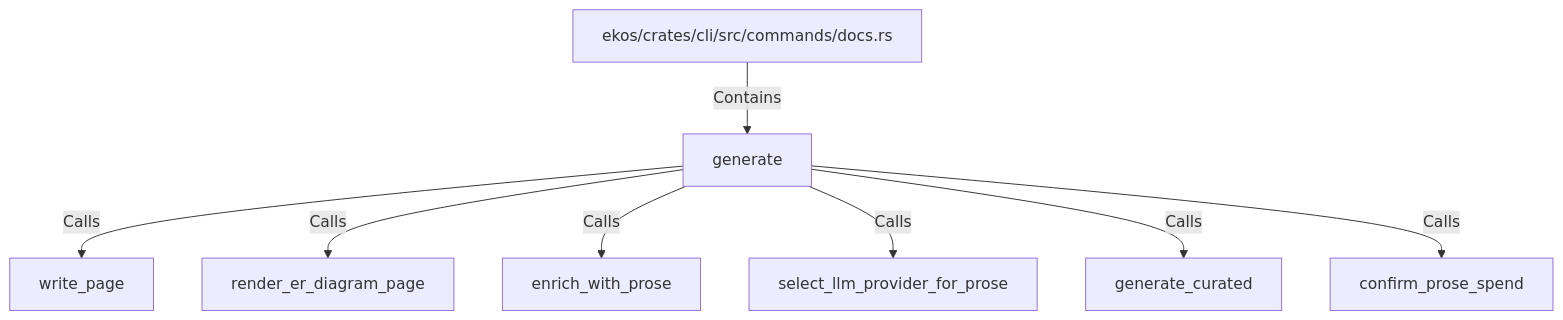
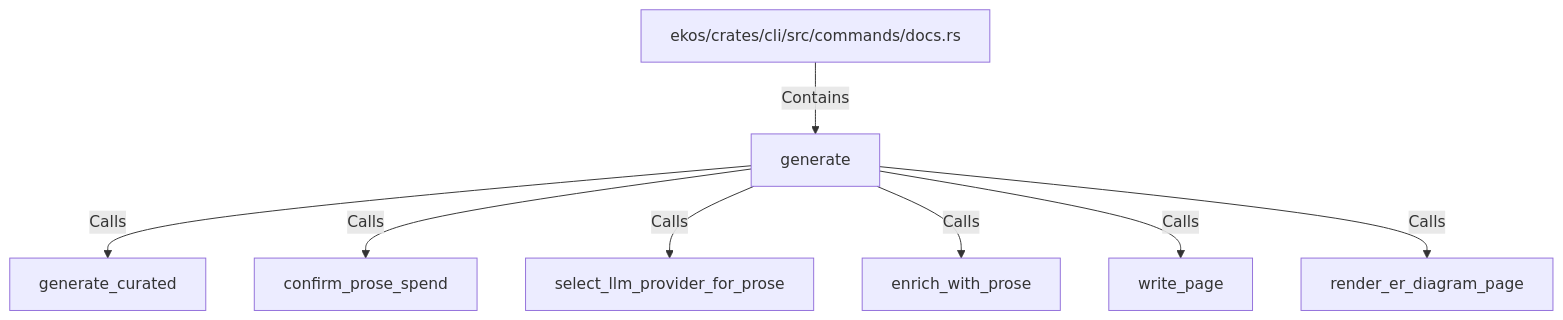
Before and after one commit to alexeyban/EKOS: the diagram in doc/entities/rustsymbol/ge/generate-9628a7cf.md, drawn with Mermaid. The commit also changed other lines of this file and 552 other files, not shown here.

````diff
--- a/doc/entities/rustsymbol/ge/generate-9628a7cf.md
+++ b/doc/entities/rustsymbol/ge/generate-9628a7cf.md
@@ -26,18 +26,18 @@
 ```mermaid
 graph TD
     n9628a7cf316d540082616b2216ee01f1["generate"]
     n5503d15b112f541f81898be05a060beb["ekos/crates/cli/src/commands/docs.rs"]
     n5503d15b112f541f81898be05a060beb -->|Contains| n9628a7cf316d540082616b2216ee01f1
+    n5a70d7a9bb4c59dca7cd00be6ab7f553["generate_curated"]
+    n9628a7cf316d540082616b2216ee01f1 -->|Calls| n5a70d7a9bb4c59dca7cd00be6ab7f553
+    na41df42a331658c582d0b80aedac6aad["confirm_prose_spend"]
+    n9628a7cf316d540082616b2216ee01f1 -->|Calls| na41df42a331658c582d0b80aedac6aad
+    ne9f6c65618e651d4a612415a39136d77["select_llm_provider_for_prose"]
+    n9628a7cf316d540082616b2216ee01f1 -->|Calls| ne9f6c65618e651d4a612415a39136d77
+    n3cdfa189a68e5bf7a3c80f7579e2fc62["enrich_with_prose"]
+    n9628a7cf316d540082616b2216ee01f1 -->|Calls| n3cdfa189a68e5bf7a3c80f7579e2fc62
     n6672efa94ce85c9ca0963c74f2963490["write_page"]
     n9628a7cf316d540082616b2216ee01f1 -->|Calls| n6672efa94ce85c9ca0963c74f2963490
     n76d267df6bbf58bb86825bd99c95a7c2["render_er_diagram_page"]
     n9628a7cf316d540082616b2216ee01f1 -->|Calls| n76d267df6bbf58bb86825bd99c95a7c2
-    n3cdfa189a68e5bf7a3c80f7579e2fc62["enrich_with_prose"]
-    n9628a7cf316d540082616b2216ee01f1 -->|Calls| n3cdfa189a68e5bf7a3c80f7579e2fc62
-    ne9f6c65618e651d4a612415a39136d77["select_llm_provider_for_prose"]
-    n9628a7cf316d540082616b2216ee01f1 -->|Calls| ne9f6c65618e651d4a612415a39136d77
-    n5a70d7a9bb4c59dca7cd00be6ab7f553["generate_curated"]
-    n9628a7cf316d540082616b2216ee01f1 -->|Calls| n5a70d7a9bb4c59dca7cd00be6ab7f553
-    na41df42a331658c582d0b80aedac6aad["confirm_prose_spend"]
-    n9628a7cf316d540082616b2216ee01f1 -->|Calls| na41df42a331658c582d0b80aedac6aad
 ```
````
